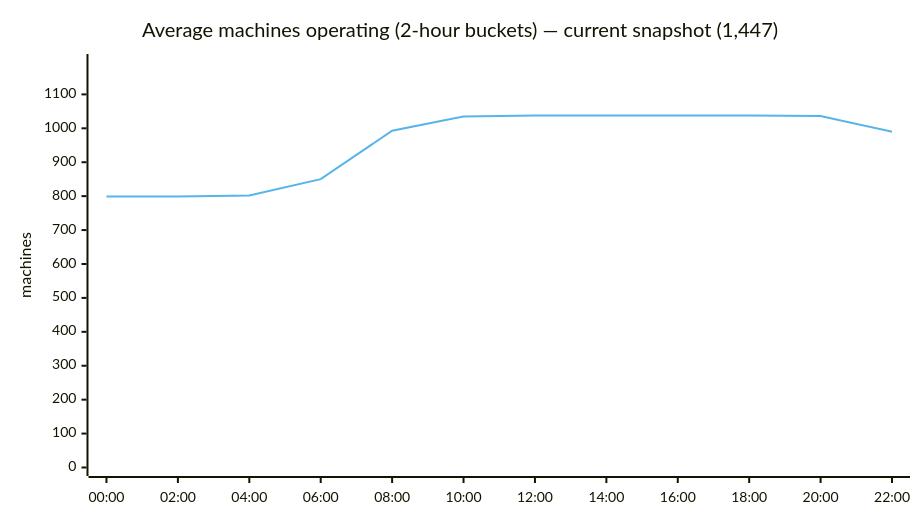
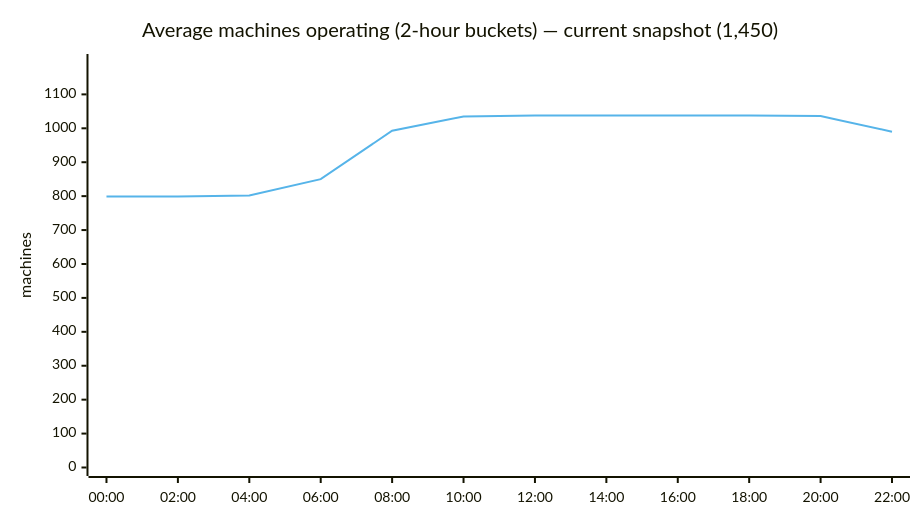
Before and after one commit to cheeaun/returnright-data: the second of 5 diagrams in ANALYSIS.md, drawn with Mermaid. The commit also changed other lines of this file and 4 other files, not shown here.

````diff
--- a/ANALYSIS.md
+++ b/ANALYSIS.md
@@ -64,15 +68,15 @@
 ```mermaid
 ---
 config:
   themeVariables:
     xyChart:
       plotColorPalette: "#56B4E9"
   xyChart:
     width: 900
 ---
 xychart-beta
-    title "Average machines operating (2-hour buckets) — current snapshot (1,447)"
+    title "Average machines operating (2-hour buckets) — current snapshot (1,450)"
     x-axis ["00:00", "02:00", "04:00", "06:00", "08:00", "10:00", "12:00", "14:00", "16:00", "18:00", "20:00", "22:00"]
     y-axis "machines" 0 --> 1194
     line [799, 799, 802, 850, 993, 1035, 1038, 1038, 1038, 1038, 1036, 990]
 ```
````
